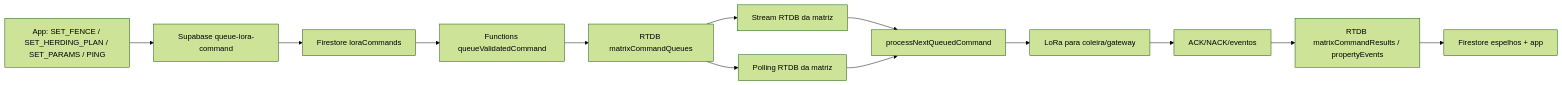
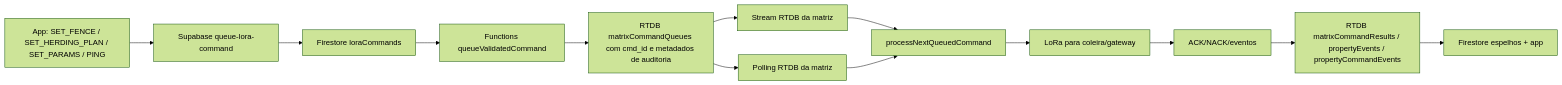
The third of 4 diagrams in SYNC_FLOW_OVERVIEW.md (victoremannuel/ruraltech), drawn with Mermaid (forest theme) before and after one commit. The commit also changed other lines of this file and 17 other files, not shown here.

````diff
--- a/SYNC_FLOW_OVERVIEW.md
+++ b/SYNC_FLOW_OVERVIEW.md
@@ -88,16 +97,16 @@
 ```mermaid
 flowchart LR
   A[App: SET_FENCE / SET_HERDING_PLAN / SET_PARAMS / PING]
     --> B[Supabase queue-lora-command]
   B --> C[Firestore loraCommands]
   C --> D[Functions queueValidatedCommand]
-  D --> E[RTDB matrixCommandQueues]
+  D --> E[RTDB matrixCommandQueues com cmd_id e metadados de auditoria]
   E --> F[Stream RTDB da matriz]
   E --> G[Polling RTDB da matriz]
   F --> H[processNextQueuedCommand]
   G --> H
   H --> I[LoRa para coleira/gateway]
   I --> J[ACK/NACK/eventos]
-  J --> K[RTDB matrixCommandResults / propertyEvents]
+  J --> K[RTDB matrixCommandResults / propertyEvents / propertyCommandEvents]
   K --> L[Firestore espelhos + app]
 ```
````
